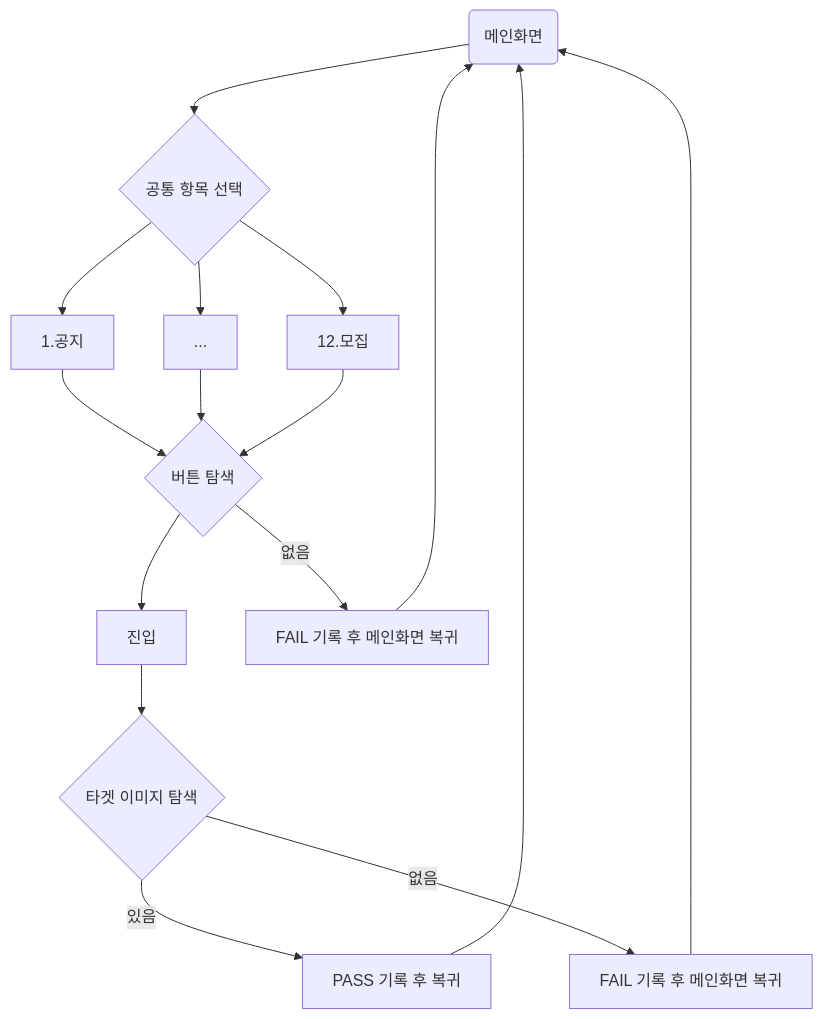
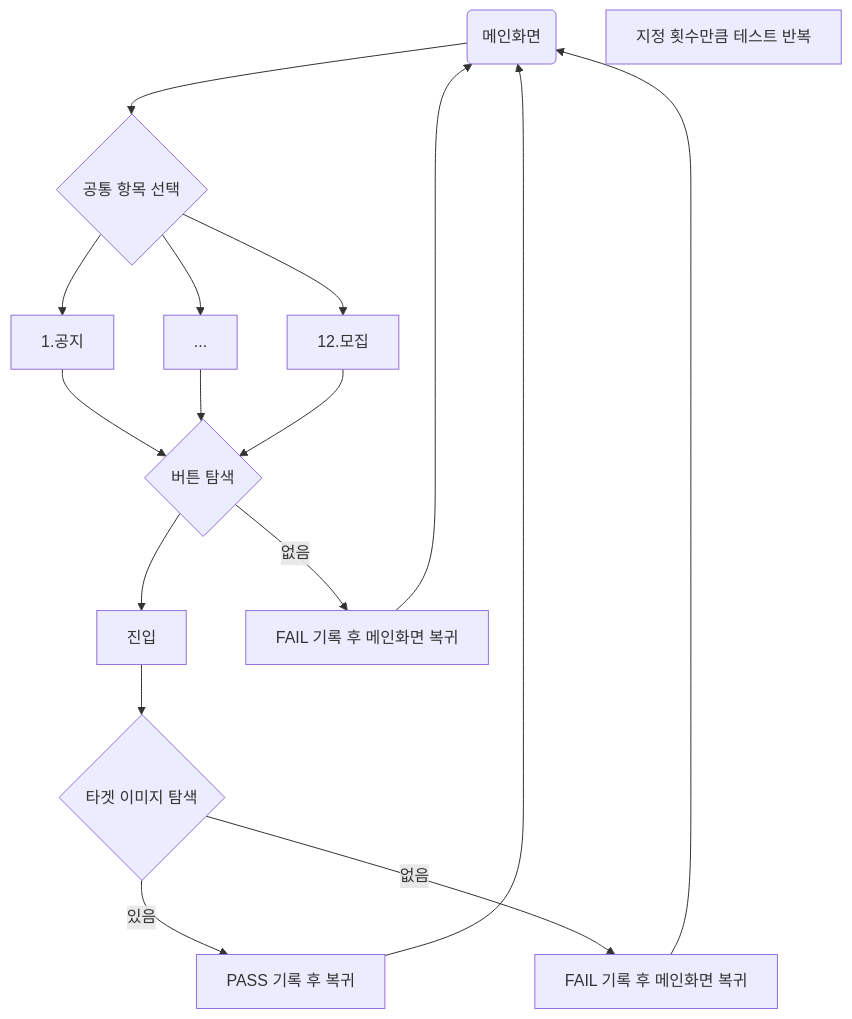
One commit to rlatl/blue_archive_main changed the diagram in README.md. Above: the diagram before and after it, drawn with Mermaid. The commit also changed 1 other file, not shown here.

Commit message:
흐름도수정

````diff
--- a/README.md
+++ b/README.md
@@ -12,25 +12,26 @@
 ```mermaid
 
 flowchart TD
     A(메인화면)
 
     %% 간략 테스트 분기
     A --> E0{공통 항목 선택}
 
     %% 대표 테스트 1 - 공지 / 생략 / 마지막 - 모집
     E0 --> E1[1.공지]
     E0 --> E_more[...]
     E0 --> E2[12.모집]
 
     %% 공통 흐름
     E1 --> F1{버튼 탐색}
     E_more --> F1
     E2 --> F1
 
    
     F1 --> F2[진입]
     F1 -->|없음| F1F[FAIL 기록 후 메인화면 복귀] --> A
     F2 --> F3{타겟 이미지 탐색}
     F3 -->|있음| F4[PASS 기록 후 복귀] --> A
     F3 -->|없음| F3F[FAIL 기록 후 메인화면 복귀] --> A
+ note["지정 횟수만큼 테스트 반복"]
 ```
````
